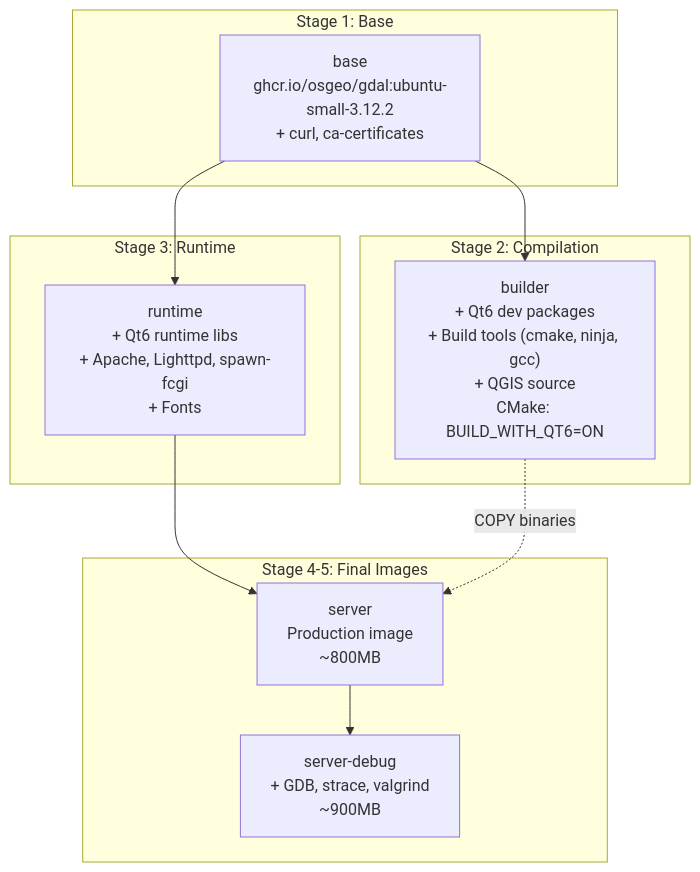
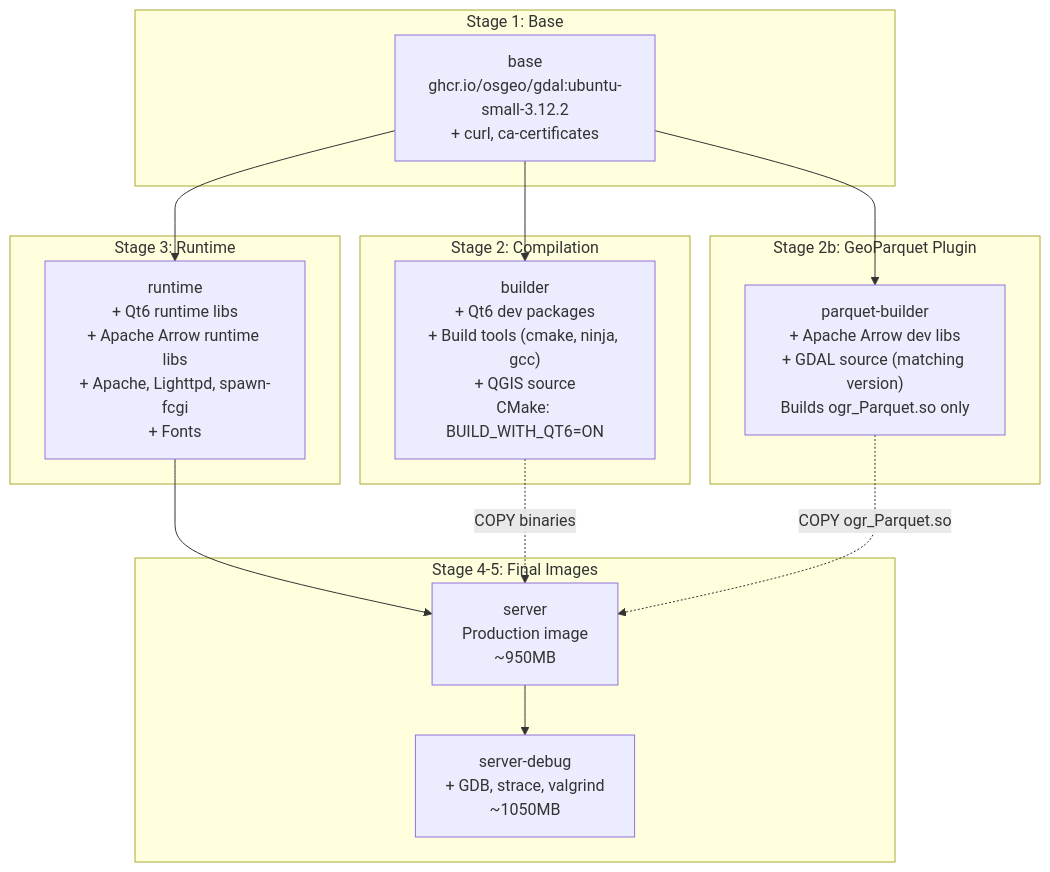
The second of 7 diagrams in ARCHITECTURE.md (walkthru-earth/qgis-server), drawn with Mermaid before and after one commit. The commit also changed other lines of this file and 3 other files, not shown here.

First line of the commit message:
Add GeoParquet support via standalone GDAL Parquet plugin

````diff
--- a/ARCHITECTURE.md
+++ b/ARCHITECTURE.md
@@ -103,26 +124,32 @@
 ```mermaid
 flowchart TB
     subgraph "Stage 1: Base"
         BASE["base<br/>ghcr.io/osgeo/gdal:ubuntu-small-3.12.2<br/>+ curl, ca-certificates"]
     end
 
     subgraph "Stage 2: Compilation"
         BUILDER["builder<br/>+ Qt6 dev packages<br/>+ Build tools (cmake, ninja, gcc)<br/>+ QGIS source<br/>CMake: BUILD_WITH_QT6=ON"]
     end
 
+    subgraph "Stage 2b: GeoParquet Plugin"
+        PARQUET["parquet-builder<br/>+ Apache Arrow dev libs<br/>+ GDAL source (matching version)<br/>Builds ogr_Parquet.so only"]
+    end
+
     subgraph "Stage 3: Runtime"
-        RUNTIME["runtime<br/>+ Qt6 runtime libs<br/>+ Apache, Lighttpd, spawn-fcgi<br/>+ Fonts"]
+        RUNTIME["runtime<br/>+ Qt6 runtime libs<br/>+ Apache Arrow runtime libs<br/>+ Apache, Lighttpd, spawn-fcgi<br/>+ Fonts"]
     end
 
     subgraph "Stage 4-5: Final Images"
-        SERVER["server<br/>Production image<br/>~800MB"]
-        DEBUG["server-debug<br/>+ GDB, strace, valgrind<br/>~900MB"]
+        SERVER["server<br/>Production image<br/>~950MB"]
+        DEBUG["server-debug<br/>+ GDB, strace, valgrind<br/>~1050MB"]
     end
 
     BASE --> BUILDER
+    BASE --> PARQUET
     BASE --> RUNTIME
     RUNTIME --> SERVER
     SERVER --> DEBUG
 
     BUILDER -.->|"COPY binaries"| SERVER
+    PARQUET -.->|"COPY ogr_Parquet.so"| SERVER
 ```
````
